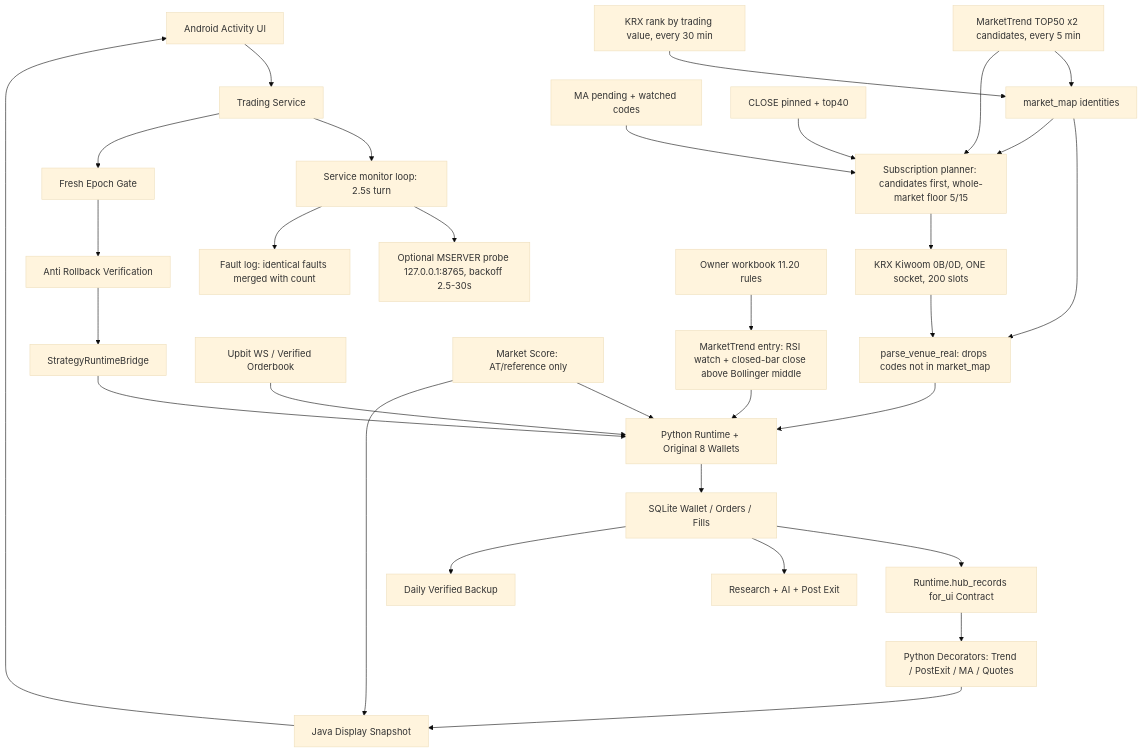
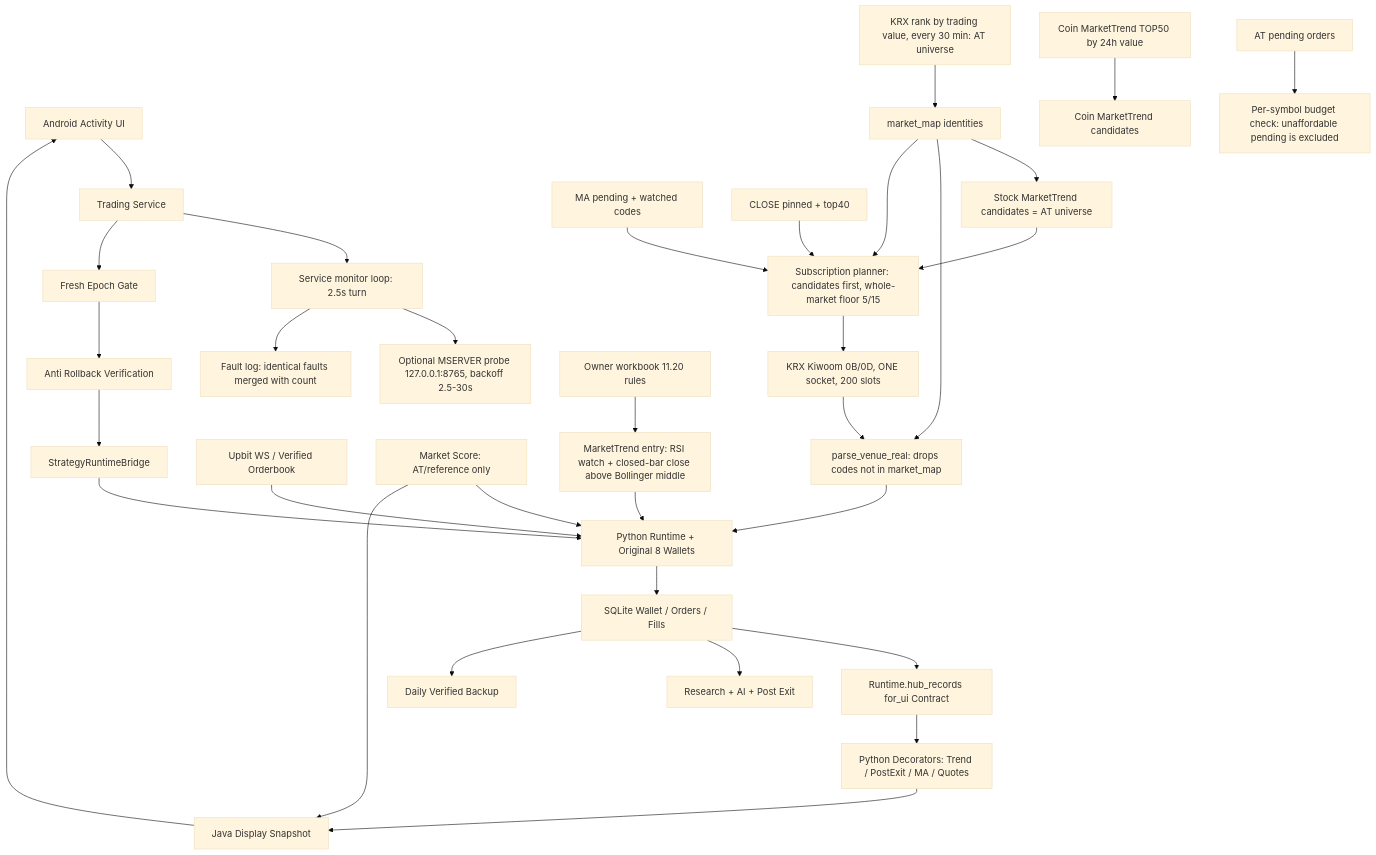
Before and after one commit to OHM1121/RESALE_ALPHA: the diagram in docs/artitrade/DEPENDENCY_MAP.md, drawn with Mermaid (base theme). The commit also changed other lines of this file and 11 other files, not shown here.

First line of the commit message:
feat(stock): exclude unaffordable AT pending orders; stock MarketTrend uses the AT universe (#117)

````diff
--- a/docs/artitrade/DEPENDENCY_MAP.md
+++ b/docs/artitrade/DEPENDENCY_MAP.md
@@ -7,33 +7,35 @@
 ```mermaid
 flowchart TD
  A[Android Activity UI] --> B[Trading Service]
  B --> MON[Service monitor loop: 2.5s turn]
  MON --> HUBP[Optional MSERVER probe 127.0.0.1:8765, backoff 2.5-30s]
  MON --> FL[Fault log: identical faults merged with count]
  B --> C[Fresh Epoch Gate]
  C --> D[Anti Rollback Verification]
  D --> E[StrategyRuntimeBridge]
  E --> F[Python Runtime + Original 8 Wallets]
  K[KRX Kiwoom 0B/0D, ONE socket, 200 slots] --> PARSE[parse_venue_real: drops codes not in market_map]
  PARSE --> F
  PLAN[Subscription planner: candidates first, whole-market floor 5/15] --> K
- RANK[KRX rank by trading value, every 30 min] --> MAP[market_map identities]
- TREND_RANK[MarketTrend TOP50 x2 candidates, every 5 min] --> MAP
- TREND_RANK --> PLAN
+ RANK[KRX rank by trading value, every 30 min: AT universe] --> MAP[market_map identities]
+ MAP --> TREND_STOCK[Stock MarketTrend candidates = AT universe]
+ COIN_RANK[Coin MarketTrend TOP50 by 24h value] --> TREND_COIN[Coin MarketTrend candidates]
+ TREND_STOCK --> PLAN
+ AT_PEND[AT pending orders] --> LIMITX[Per-symbol budget check: unaffordable pending is excluded]
  MA_CAND[MA pending + watched codes] --> PLAN
  CW_CAND[CLOSE pinned + top40] --> PLAN
  MAP --> PARSE
  MAP --> PLAN
  U[Upbit WS / Verified Orderbook] --> F
  F --> G[SQLite Wallet / Orders / Fills]
  G --> H[Runtime.hub_records for_ui Contract]
  H --> I[Python Decorators: Trend / PostExit / MA / Quotes]
  I --> J[Java Display Snapshot]
  J --> A
  G --> L[Research + AI + Post Exit]
  G --> M[Daily Verified Backup]
  S[Market Score: AT/reference only] --> F
  S --> J
  WB[Owner workbook 11.20 rules] --> TR[MarketTrend entry: RSI watch + closed-bar close above Bollinger middle]
  TR --> F
 ```
````
